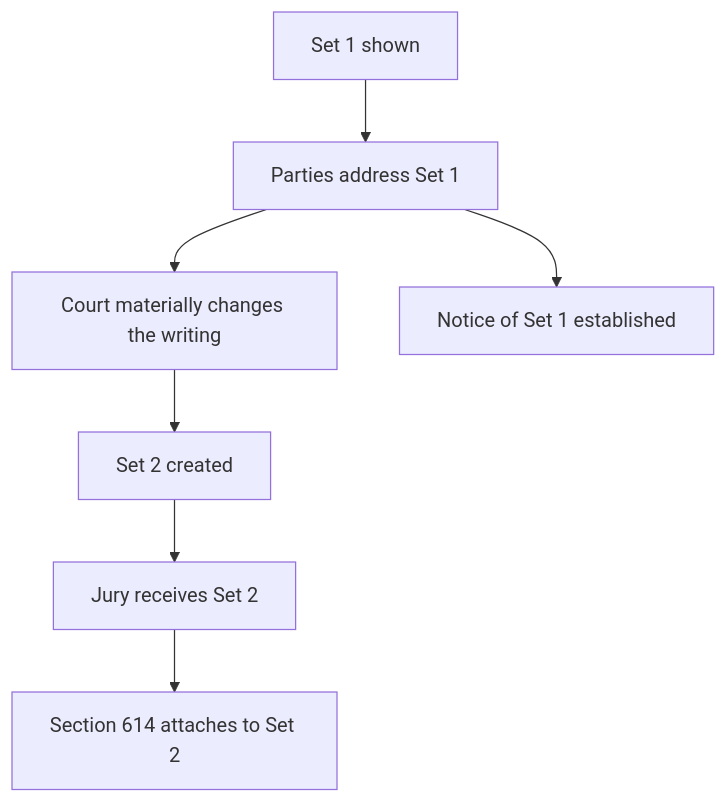
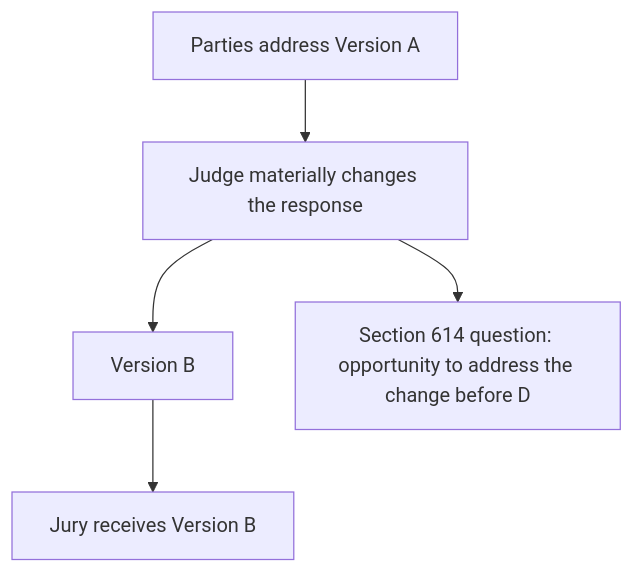
One commit to SFCALEGAL/CSAA-ABDELHALIM-WONG-PSA-CSK changed the fifth of 7 diagrams in QUESTION.md. Above: the diagram before and after it, drawn with Mermaid. The commit also changed other lines of this file, not shown here.

First line of the commit message:
Enhance QUESTION.md to clarify procedural implications of jury responses

````diff
--- a/QUESTION.md
+++ b/QUESTION.md
@@ -414,9 +415,7 @@
 ```mermaid
 flowchart TD
-  A[Set 1 shown] --> B[Parties address Set 1]
-  B --> C[Court materially changes the writing]
-  C --> D[Set 2 created]
-  D --> E[Jury receives Set 2]
-  E --> F[Section 614 attaches to Set 2]
-  B --> G[Notice of Set 1 established]
+  A[Parties address Version A] --> B[Judge materially changes the response]
+  B --> C[Version B]
+  C --> D[Jury receives Version B]
+  B --> E[Section 614 question: opportunity to address the change before D]
 ```
````
